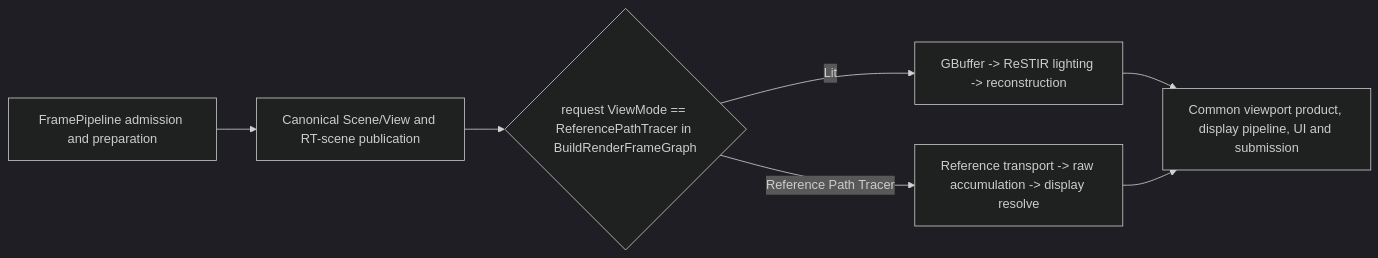
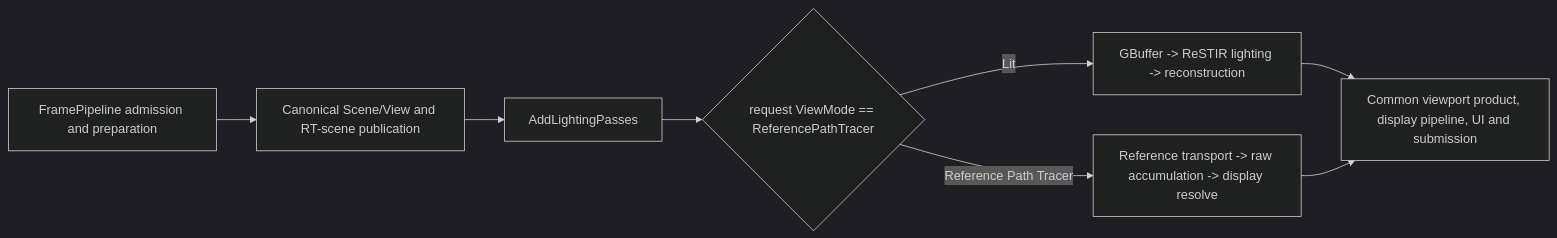
Before and after one commit to stoleckipawel/SparkleEngine: the second of 3 diagrams in Docs/Architecture/Modules/Engine/Renderer/Features/Lighting/ReferencePathTracer/ExecutionArchitecture.md, drawn with Mermaid (dark theme). The commit also changed other lines of this file and 264 other files, not shown here.

````diff
--- a/Docs/Architecture/Modules/Engine/Renderer/Features/Lighting/ReferencePathTracer/ExecutionArchitecture.md
+++ b/Docs/Architecture/Modules/Engine/Renderer/Features/Lighting/ReferencePathTracer/ExecutionArchitecture.md
@@ -134,9 +136,10 @@
 ```mermaid
 flowchart LR
     Admit[FramePipeline admission and preparation] --> Scene[Canonical Scene/View and RT-scene publication]
-    Scene --> Select{request ViewMode == ReferencePathTracer in BuildRenderFrameGraph}
+    Scene --> Lighting[AddLightingPasses]
+    Lighting --> Select{request ViewMode == ReferencePathTracer}
     Select -->|Lit| Lit[GBuffer -> ReSTIR lighting -> reconstruction]
     Select -->|Reference Path Tracer| RPT[Reference transport -> raw accumulation -> display resolve]
     Lit --> Present[Common viewport product, display pipeline, UI and submission]
     RPT --> Present
 ```
````
